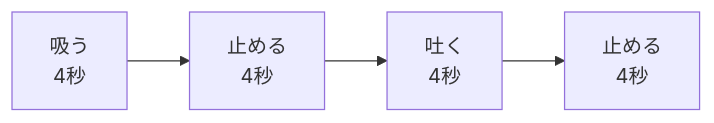
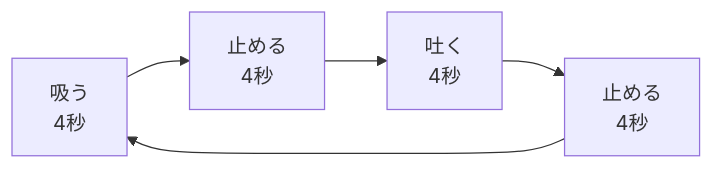
One commit to tndg16-bot/portfolio-site changed the third of 3 diagrams in content/blog/296-breathing-nervous-system-control.md. Above: the diagram before and after it, drawn with Mermaid. The commit also changed other lines of this file and 19 other files, not shown here.

````diff
--- a/content/blog/296-breathing-nervous-system-control.md
+++ b/content/blog/296-breathing-nervous-system-control.md
@@ -60,6 +72,7 @@
 ```mermaid
 graph LR
     A[吸う<br/>4秒] --> B[止める<br/>4秒]
     B --> C[吐く<br/>4秒]
     C --> D[止める<br/>4秒]
+    D --> A
 ```
````
